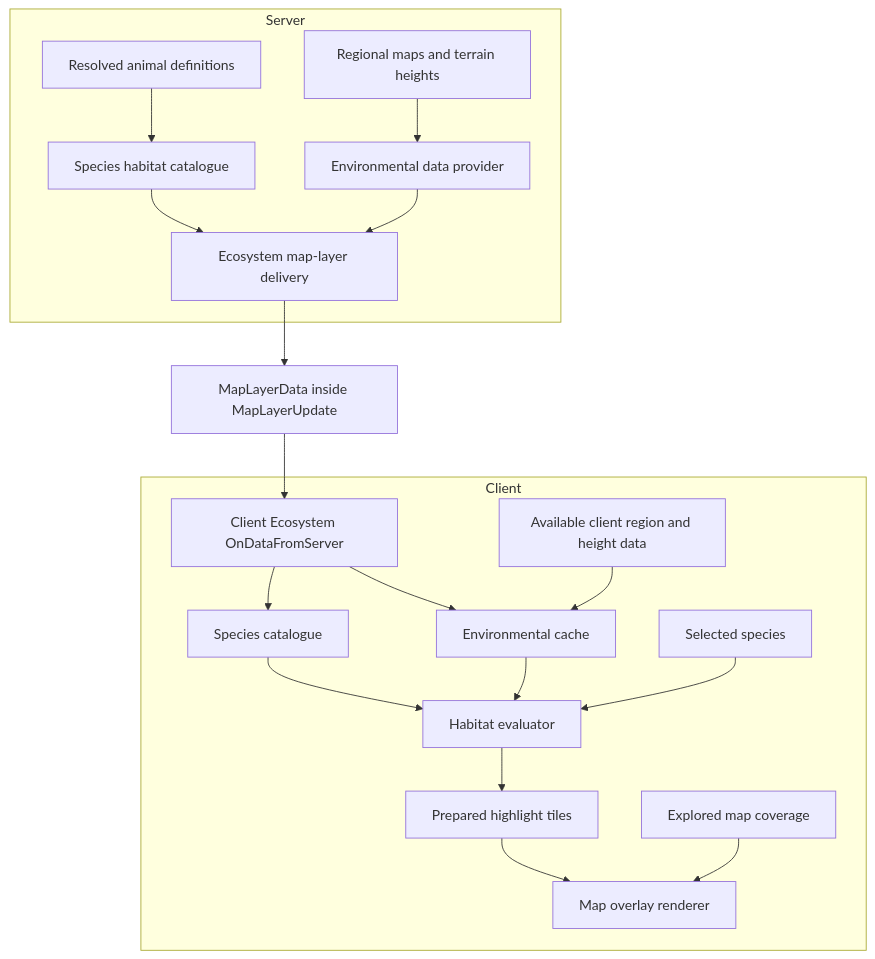
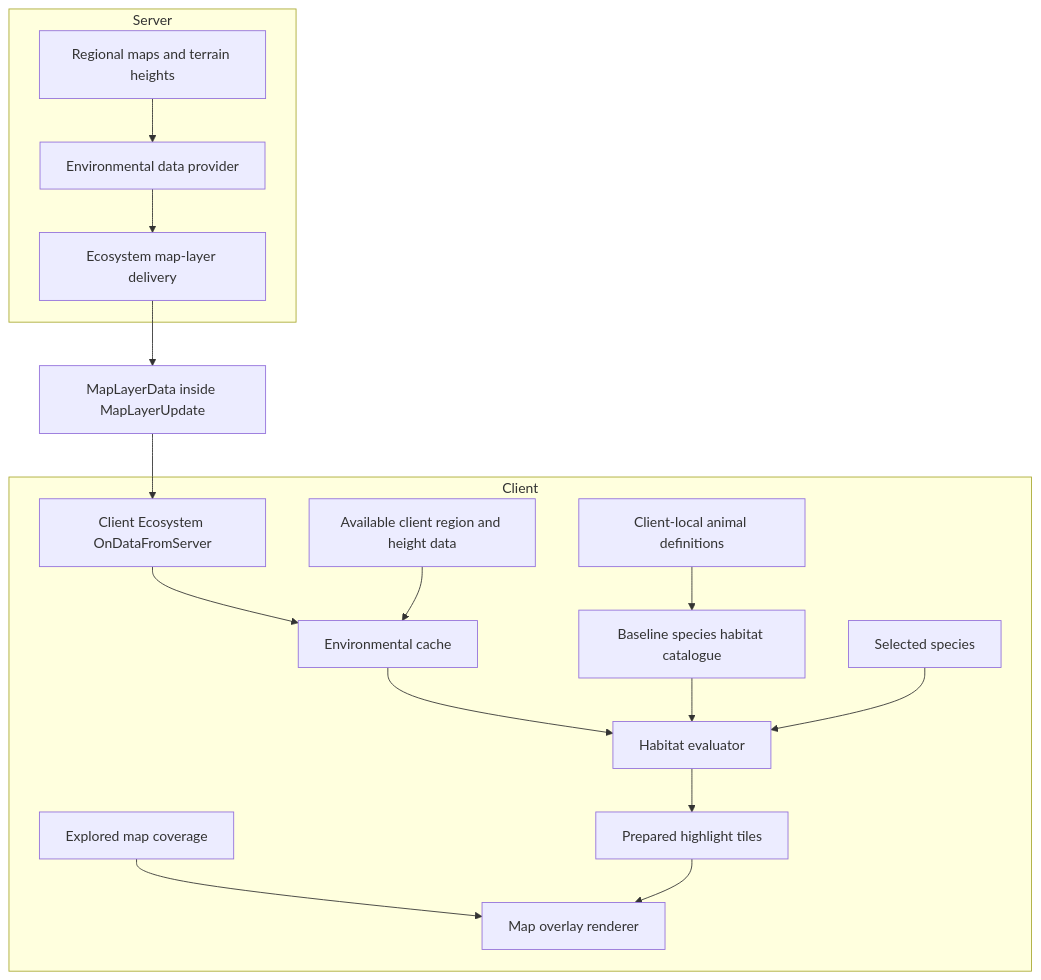
The second of 3 diagrams in docs/ecosystem-map/EcosystemMapProposal.md (dsisco11/VanillaExpanded), drawn with Mermaid before and after one commit. The commit also changed other lines of this file, not shown here.

Commit message:
docs: amend proposal for ecosystem map overlay

````diff
--- a/docs/ecosystem-map/EcosystemMapProposal.md
+++ b/docs/ecosystem-map/EcosystemMapProposal.md
@@ -97,22 +100,20 @@
 ```mermaid
 flowchart TB
     subgraph Server
-        Definitions[Resolved animal definitions] --> Catalogue[Species habitat catalogue]
         WorldData[Regional maps and terrain heights] --> Provider[Environmental data provider]
-        Catalogue --> Delivery[Ecosystem map-layer delivery]
-        Provider --> Delivery
+        Provider --> Delivery[Ecosystem map-layer delivery]
     end
     Delivery --> Envelope[MapLayerData inside MapLayerUpdate]
     Envelope --> Receive[Client Ecosystem OnDataFromServer]
     subgraph Client
         Receive --> Cache[Environmental cache]
-        Receive --> Rules[Species catalogue]
+        Definitions[Client-local animal definitions] --> Rules[Baseline species habitat catalogue]
         LocalMaps[Available client region and height data] --> Cache
         Cache --> Evaluate[Habitat evaluator]
         Rules --> Evaluate
         Selected[Selected species] --> Evaluate
         Evaluate --> Prepared[Prepared highlight tiles]
         Coverage[Explored map coverage] --> Render[Map overlay renderer]
         Prepared --> Render
     end
 ```
````
